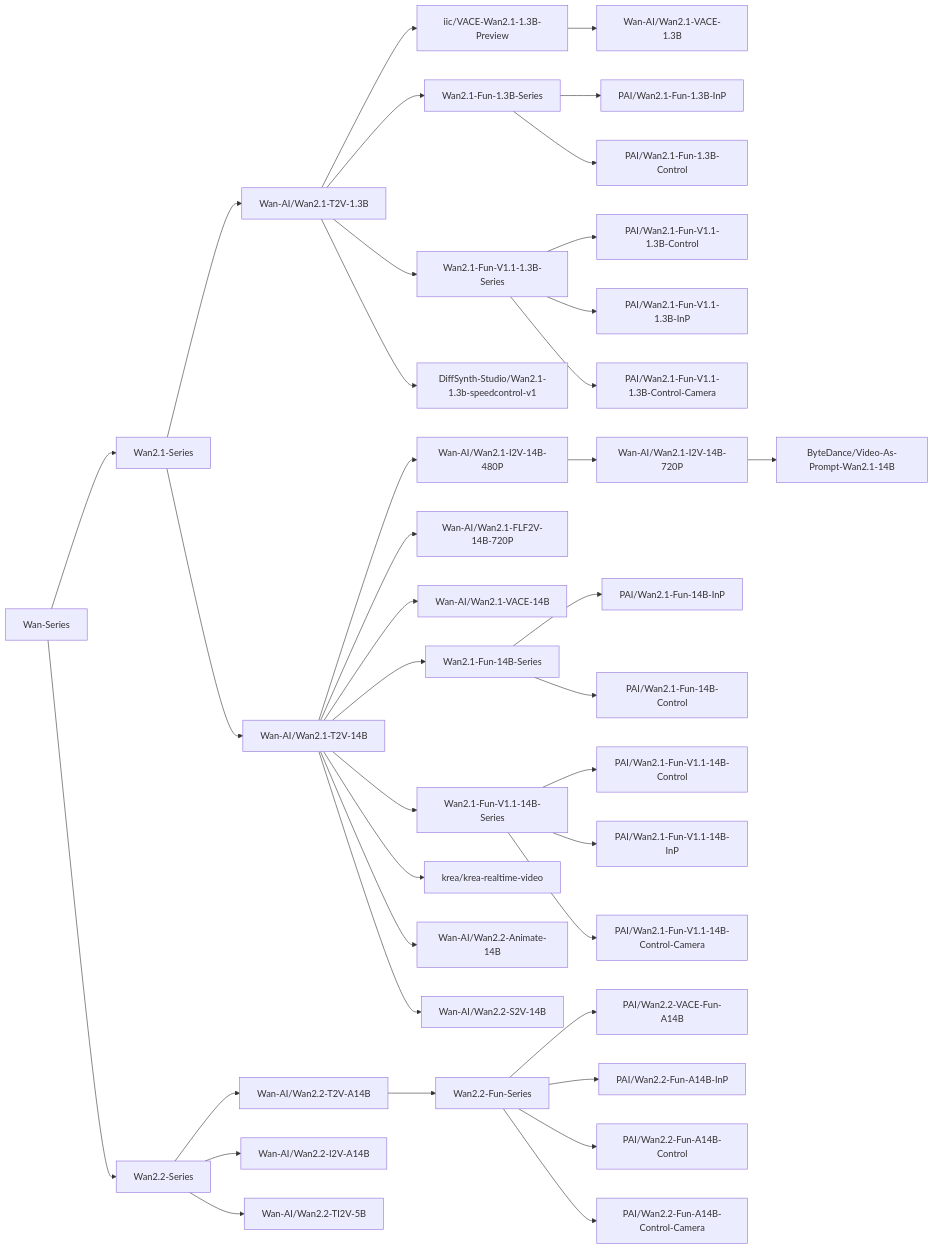
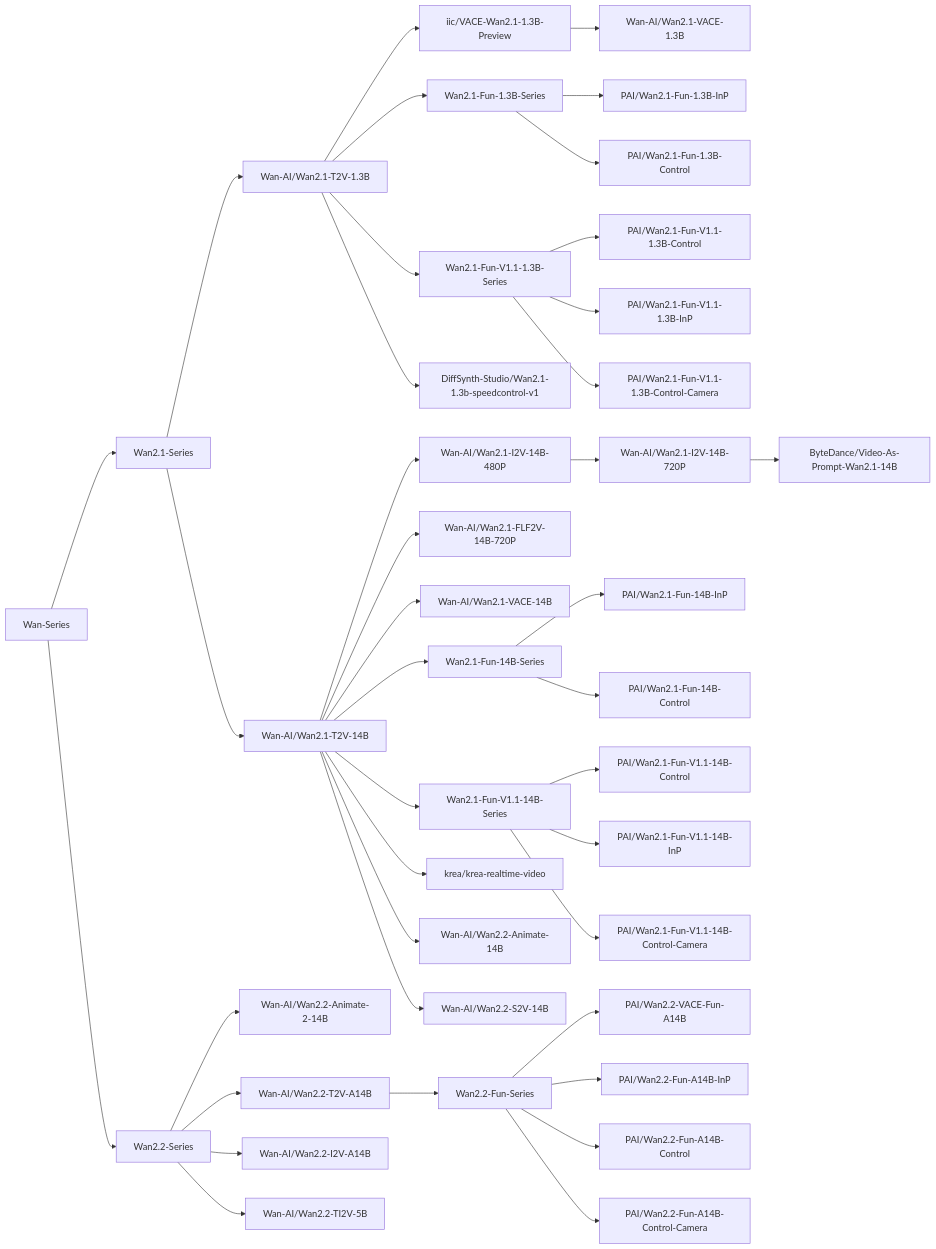
Before and after one commit to Tangent0308/samtok_edit: the diagram in DiffSynth-Studio/docs/en/Model_Details/Wan.md, drawn with Mermaid. The commit also changed other lines of this file and 24 other files, not shown here.

First line of the commit message:
Support Wan2.2 Animate (#1569)

````diff
--- a/DiffSynth-Studio/docs/en/Model_Details/Wan.md
+++ b/DiffSynth-Studio/docs/en/Model_Details/Wan.md
@@ -64,40 +64,41 @@
 ```mermaid
 graph LR;
     Wan-Series-->Wan2.1-Series;
     Wan-Series-->Wan2.2-Series;
     Wan2.1-Series-->Wan-AI/Wan2.1-T2V-1.3B;
     Wan2.1-Series-->Wan-AI/Wan2.1-T2V-14B;
     Wan-AI/Wan2.1-T2V-14B-->Wan-AI/Wan2.1-I2V-14B-480P;
     Wan-AI/Wan2.1-I2V-14B-480P-->Wan-AI/Wan2.1-I2V-14B-720P;
     Wan-AI/Wan2.1-T2V-14B-->Wan-AI/Wan2.1-FLF2V-14B-720P;
     Wan-AI/Wan2.1-T2V-1.3B-->iic/VACE-Wan2.1-1.3B-Preview;
     iic/VACE-Wan2.1-1.3B-Preview-->Wan-AI/Wan2.1-VACE-1.3B;
     Wan-AI/Wan2.1-T2V-14B-->Wan-AI/Wan2.1-VACE-14B;
     Wan-AI/Wan2.1-T2V-1.3B-->Wan2.1-Fun-1.3B-Series;
     Wan2.1-Fun-1.3B-Series-->PAI/Wan2.1-Fun-1.3B-InP;
     Wan2.1-Fun-1.3B-Series-->PAI/Wan2.1-Fun-1.3B-Control;
     Wan-AI/Wan2.1-T2V-14B-->Wan2.1-Fun-14B-Series;
     Wan2.1-Fun-14B-Series-->PAI/Wan2.1-Fun-14B-InP;
     Wan2.1-Fun-14B-Series-->PAI/Wan2.1-Fun-14B-Control;
     Wan-AI/Wan2.1-T2V-1.3B-->Wan2.1-Fun-V1.1-1.3B-Series;
     Wan2.1-Fun-V1.1-1.3B-Series-->PAI/Wan2.1-Fun-V1.1-1.3B-Control;
     Wan2.1-Fun-V1.1-1.3B-Series-->PAI/Wan2.1-Fun-V1.1-1.3B-InP;
     Wan2.1-Fun-V1.1-1.3B-Series-->PAI/Wan2.1-Fun-V1.1-1.3B-Control-Camera;
     Wan-AI/Wan2.1-T2V-14B-->Wan2.1-Fun-V1.1-14B-Series;
     Wan2.1-Fun-V1.1-14B-Series-->PAI/Wan2.1-Fun-V1.1-14B-Control;
     Wan2.1-Fun-V1.1-14B-Series-->PAI/Wan2.1-Fun-V1.1-14B-InP;
     Wan2.1-Fun-V1.1-14B-Series-->PAI/Wan2.1-Fun-V1.1-14B-Control-Camera;
     Wan-AI/Wan2.1-T2V-1.3B-->DiffSynth-Studio/Wan2.1-1.3b-speedcontrol-v1;
     Wan-AI/Wan2.1-T2V-14B-->krea/krea-realtime-video;
     Wan-AI/Wan2.1-I2V-14B-720P-->ByteDance/Video-As-Prompt-Wan2.1-14B;
     Wan-AI/Wan2.1-T2V-14B-->Wan-AI/Wan2.2-Animate-14B;
+    Wan2.2-Series-->Wan-AI/Wan2.2-Animate-2-14B;
     Wan-AI/Wan2.1-T2V-14B-->Wan-AI/Wan2.2-S2V-14B;
     Wan2.2-Series-->Wan-AI/Wan2.2-T2V-A14B;
     Wan2.2-Series-->Wan-AI/Wan2.2-I2V-A14B;
     Wan2.2-Series-->Wan-AI/Wan2.2-TI2V-5B;
     Wan-AI/Wan2.2-T2V-A14B-->Wan2.2-Fun-Series;
     Wan2.2-Fun-Series-->PAI/Wan2.2-VACE-Fun-A14B;
     Wan2.2-Fun-Series-->PAI/Wan2.2-Fun-A14B-InP;
     Wan2.2-Fun-Series-->PAI/Wan2.2-Fun-A14B-Control;
     Wan2.2-Fun-Series-->PAI/Wan2.2-Fun-A14B-Control-Camera;
 ```
````
